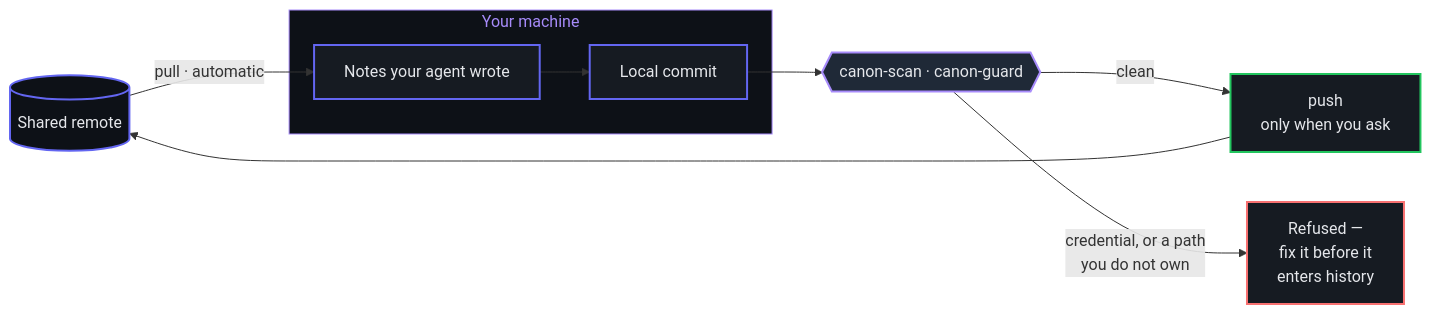
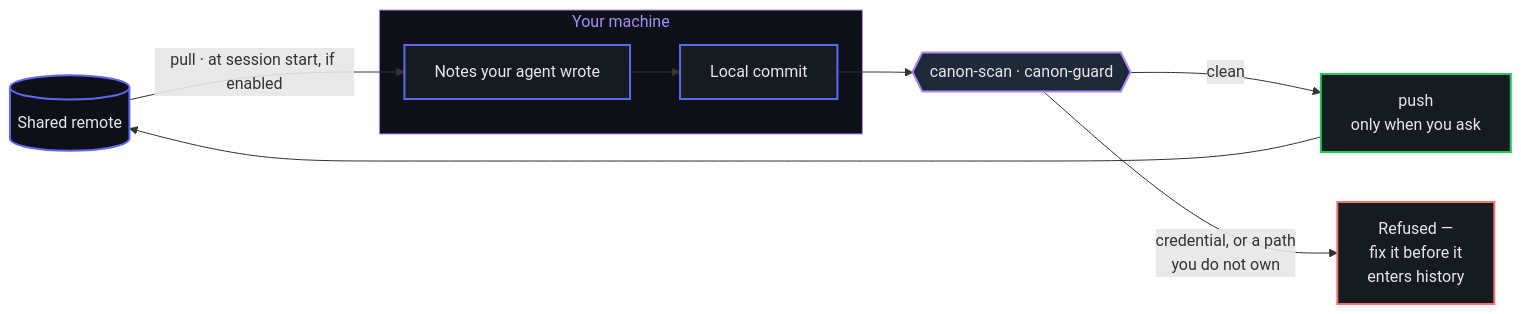
The second of 2 diagrams in README.md (Chris-Carruthers/canon), drawn with Mermaid before and after one commit. The commit also changed other lines of this file and 29 other files, not shown here.

````diff
--- a/README.md
+++ b/README.md
@@ -253,31 +239,31 @@
 ```mermaid
 flowchart LR
     RM[("Shared remote")]
     G{{"canon-scan · canon-guard"}}
     X["Refused —<br/>fix it before it<br/>enters history"]
     P["push<br/>only when you ask"]
 
     subgraph local["Your machine"]
         W["Notes your agent wrote"]
         C["Local commit"]
         W --> C
     end
 
-    RM -->|"pull · automatic"| W
+    RM -->|"pull · at session start, if enabled"| W
     C --> G
     G -->|"clean"| P
     G -->|"credential, or a path<br/>you do not own"| X
     P --> RM
 
     classDef core fill:#161B22,stroke:#6366F1,stroke-width:2px,color:#E5E7EB
     classDef store fill:#0D1117,stroke:#6366F1,stroke-width:2px,color:#E5E7EB
     classDef gate fill:#1F2937,stroke:#A78BFA,stroke-width:2px,color:#E5E7EB
     classDef good fill:#161B22,stroke:#22C55E,stroke-width:2px,color:#E5E7EB
     classDef bad fill:#161B22,stroke:#F87171,stroke-width:2px,color:#E5E7EB
     class W,C core
     class RM store
     class G gate
     class P good
     class X bad
     style local fill:#0D1117,stroke:#A78BFA,stroke-width:1px,color:#A78BFA
 ```
````
